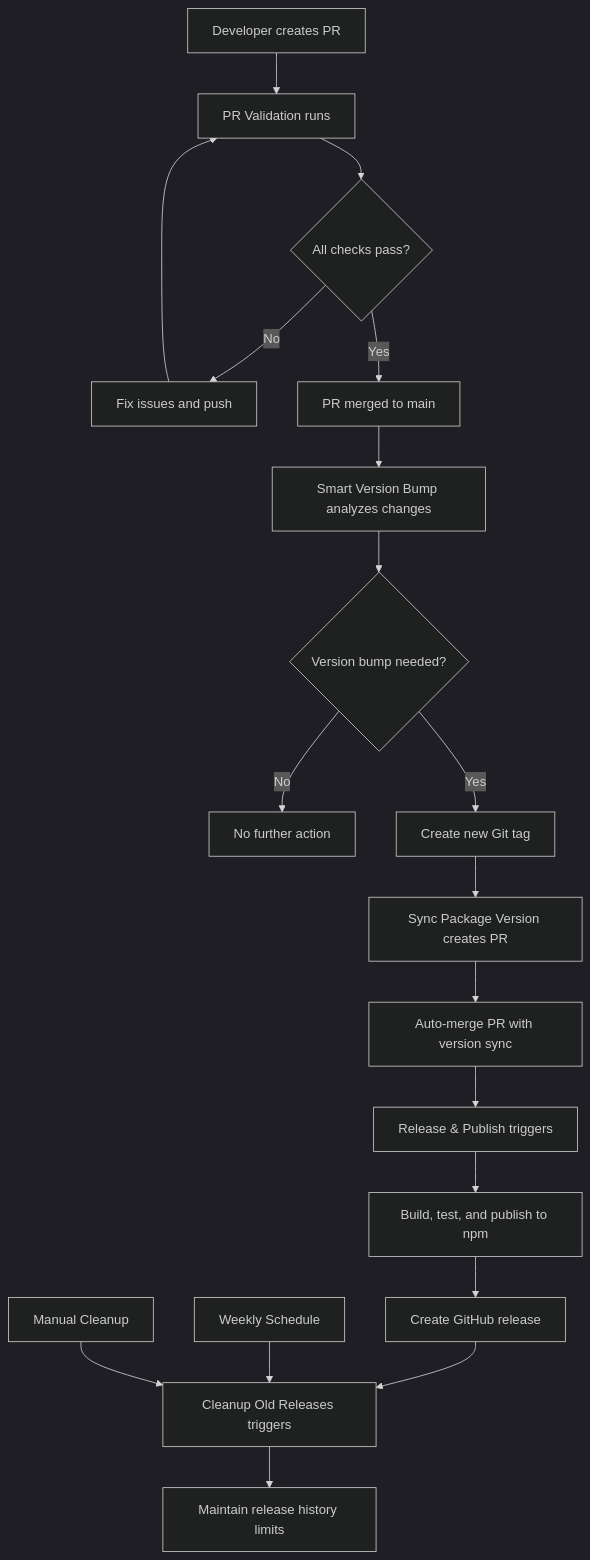
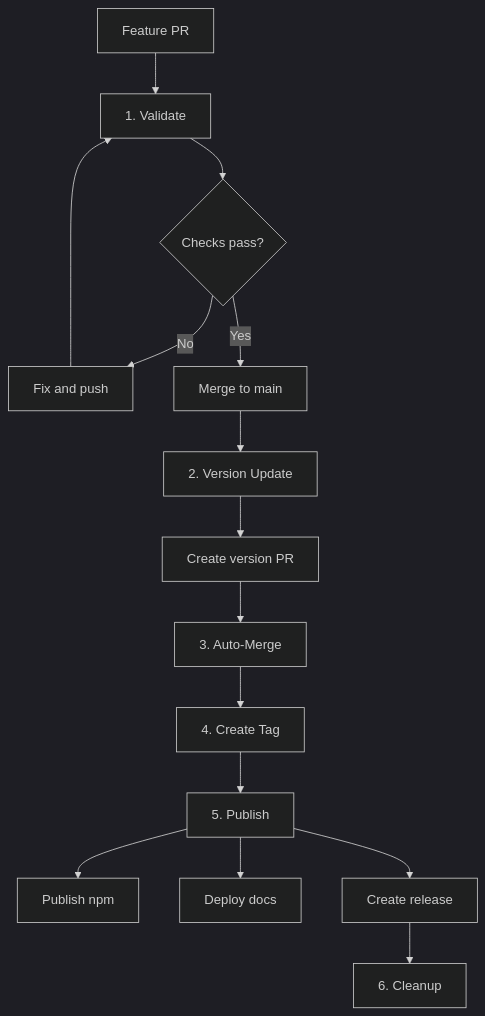
The first of 2 diagrams in docs/src/content/docs/github-workflows/overview.md (pantheon-org/opencode-warcraft-notifications), drawn with Mermaid (dark theme) before and after one commit. The commit also changed other lines of this file and 3 other files, not shown here.

````diff
--- a/docs/src/content/docs/github-workflows/overview.md
+++ b/docs/src/content/docs/github-workflows/overview.md
@@ -26,22 +42,17 @@
 ```mermaid
 graph TD
-    A[Developer creates PR] --> B[PR Validation runs]
-    B --> C{All checks pass?}
-    C -->|No| D[Fix issues and push]
+    A[Feature PR] --> B[1. Validate]
+    B --> C{Checks pass?}
+    C -->|No| D[Fix and push]
     D --> B
-    C -->|Yes| E[PR merged to main]
-    E --> F[Smart Version Bump analyzes changes]
-    F --> G{Version bump needed?}
-    G -->|No| H[No further action]
-    G -->|Yes| I[Create new Git tag]
-    I --> J[Sync Package Version creates PR]
-    J --> K[Auto-merge PR with version sync]
-    K --> L[Release & Publish triggers]
-    L --> M[Build, test, and publish to npm]
-    M --> N[Create GitHub release]
-    N --> O[Cleanup Old Releases triggers]
-    O --> P[Maintain release history limits]
-
-    Q[Weekly Schedule] --> O
-    R[Manual Cleanup] --> O
+    C -->|Yes| E[Merge to main]
+    E --> F[2. Version Update]
+    F --> G[Create version PR]
+    G --> H[3. Auto-Merge]
+    H --> I[4. Create Tag]
+    I --> J[5. Publish]
+    J --> K[Publish npm]
+    J --> L[Deploy docs]
+    J --> M[Create release]
+    M --> N[6. Cleanup]
 ```
````
